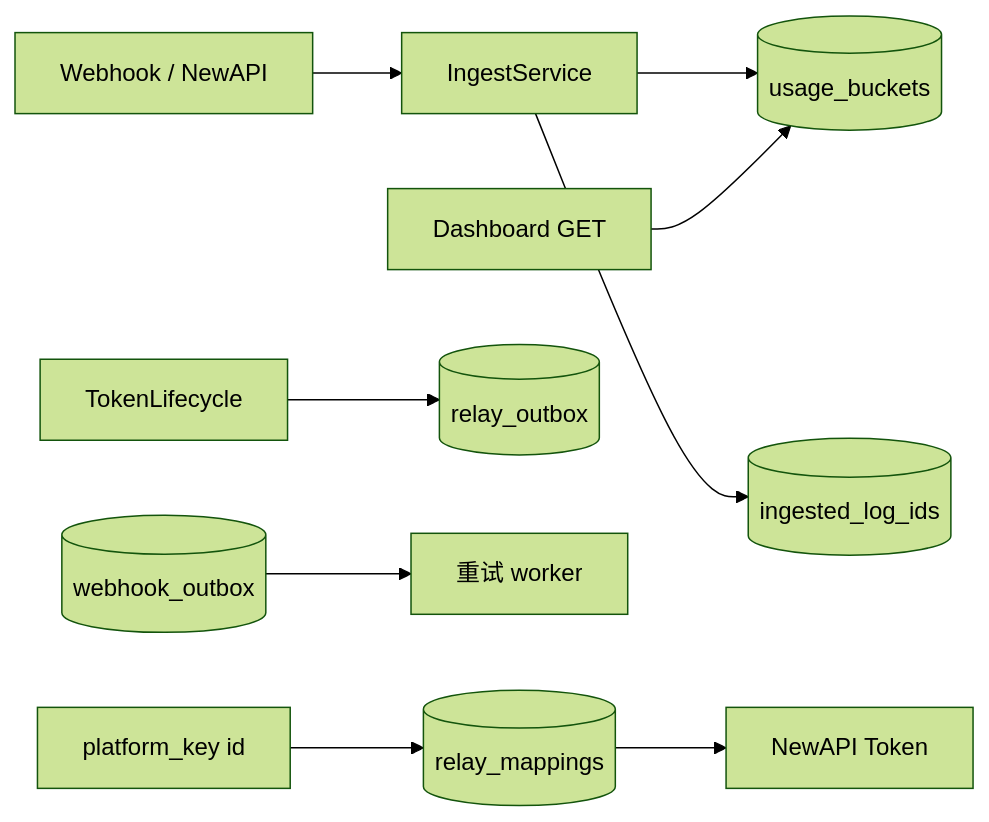
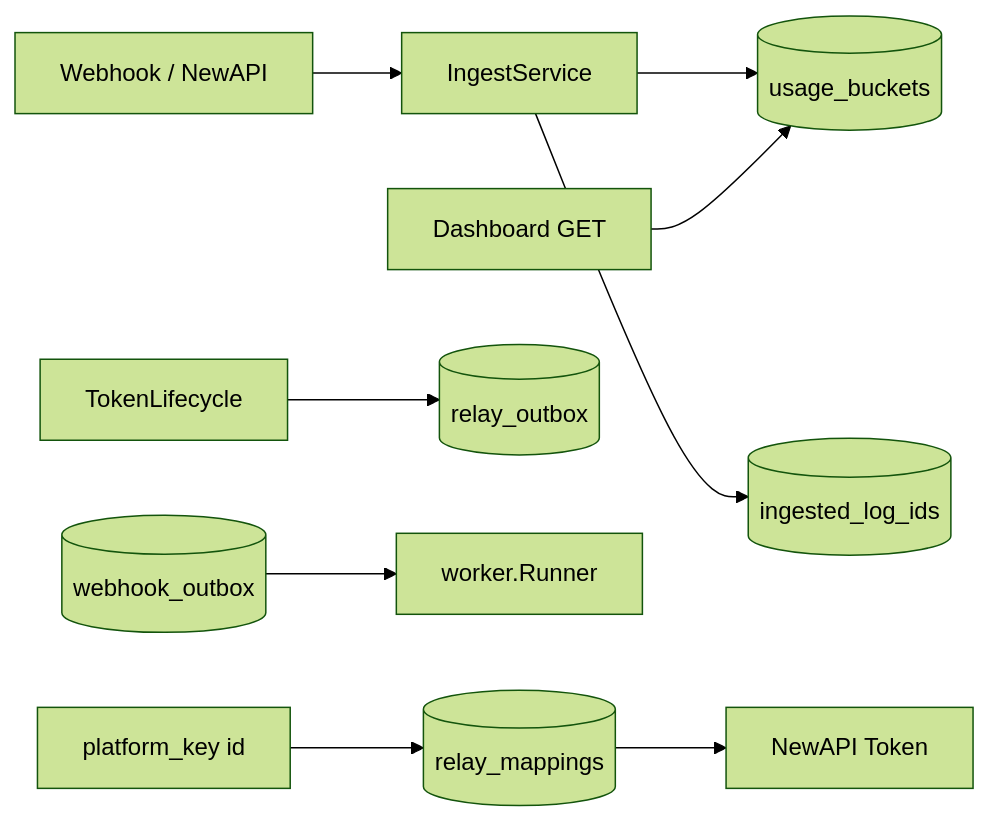
Before and after one commit to quyip8818/mytokenjoy: the fifth of 6 diagrams in docs/Backend-存储架构.md, drawn with Mermaid (forest theme). The commit also changed other lines of this file and 206 other files, not shown here.

````diff
--- a/docs/Backend-存储架构.md
+++ b/docs/Backend-存储架构.md
@@ -211,14 +302,14 @@
 ```mermaid
 flowchart LR
   WH[Webhook / NewAPI] --> ING[IngestService]
   ING --> UB[(usage_buckets)]
   ING --> IL[(ingested_log_ids)]
 
   PK[platform_key id] --> RM[(relay_mappings)]
   RM --> NA[NewAPI Token]
 
   LC[TokenLifecycle] --> RO[(relay_outbox)]
-  WO[(webhook_outbox)] --> Retry[重试 worker]
+  WO[(webhook_outbox)] --> Retry[worker.Runner]
 
   DASH[Dashboard GET] --> UB
 ```
````
